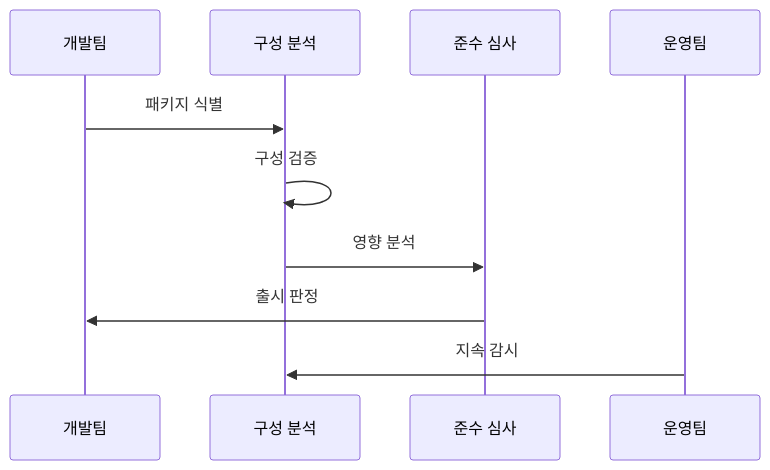
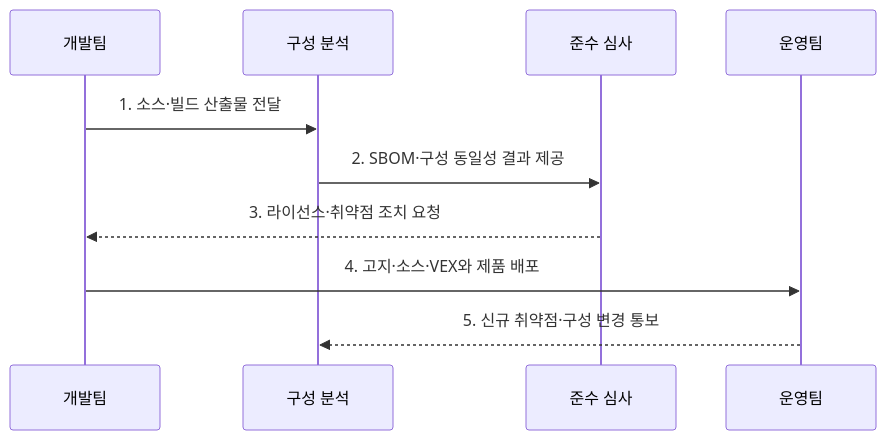
The second of 2 diagrams in src/content/docs/notes/07-law-policy/041_open_source_compliance_sbom.md (agnusdei1207/knowledge-base), drawn with Mermaid before and after one commit. The commit also changed other lines of this file and 5 other files, not shown here.

````diff
--- a/src/content/docs/notes/07-law-policy/041_open_source_compliance_sbom.md
+++ b/src/content/docs/notes/07-law-policy/041_open_source_compliance_sbom.md
@@ -77,12 +74,12 @@
 ```mermaid
 sequenceDiagram
     participant D as 개발팀
     participant S as 구성 분석
     participant R as 준수 심사
     participant O as 운영팀
-    D->>S: 패키지 식별
-    S->>S: 구성 검증
-    S->>R: 영향 분석
-    R->>D: 출시 판정
-    O->>S: 지속 감시
+    D->>S: 1. 소스·빌드 산출물 전달
+    S->>R: 2. SBOM·구성 동일성 결과 제공
+    R-->>D: 3. 라이선스·취약점 조치 요청
+    D->>O: 4. 고지·소스·VEX와 제품 배포
+    O-->>S: 5. 신규 취약점·구성 변경 통보
 ```
````
